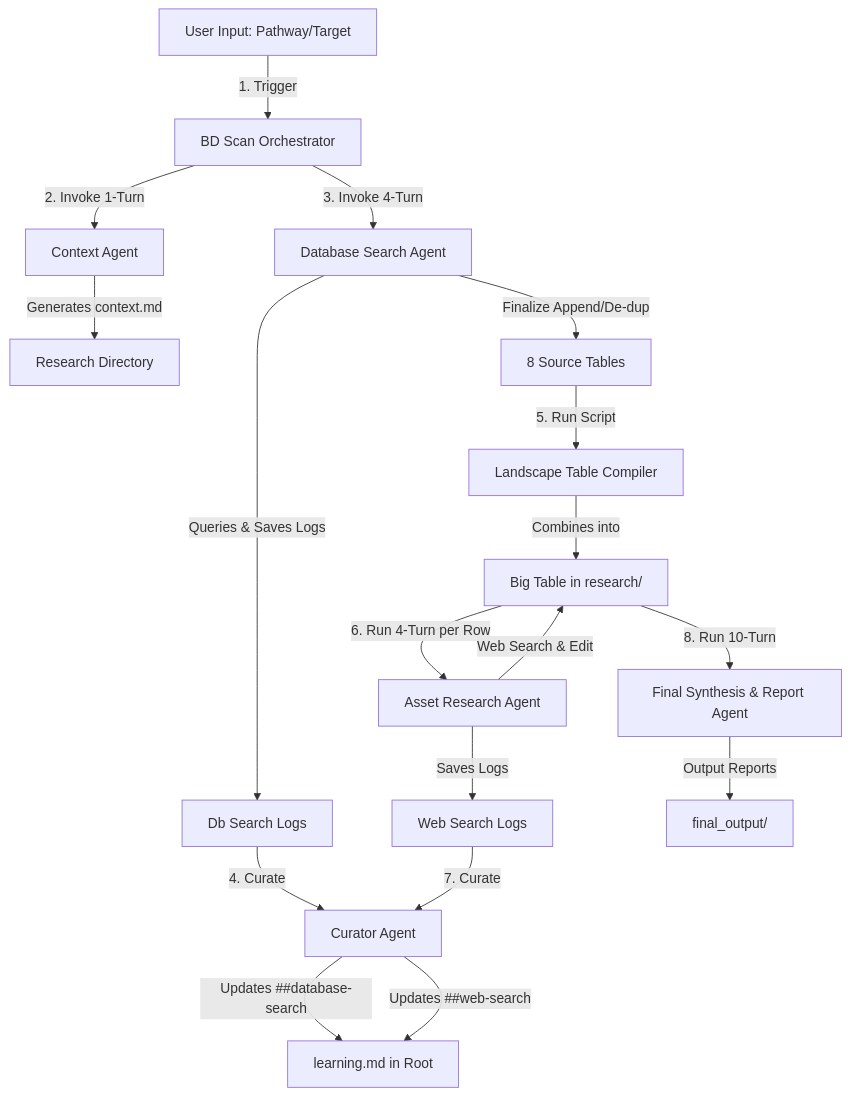
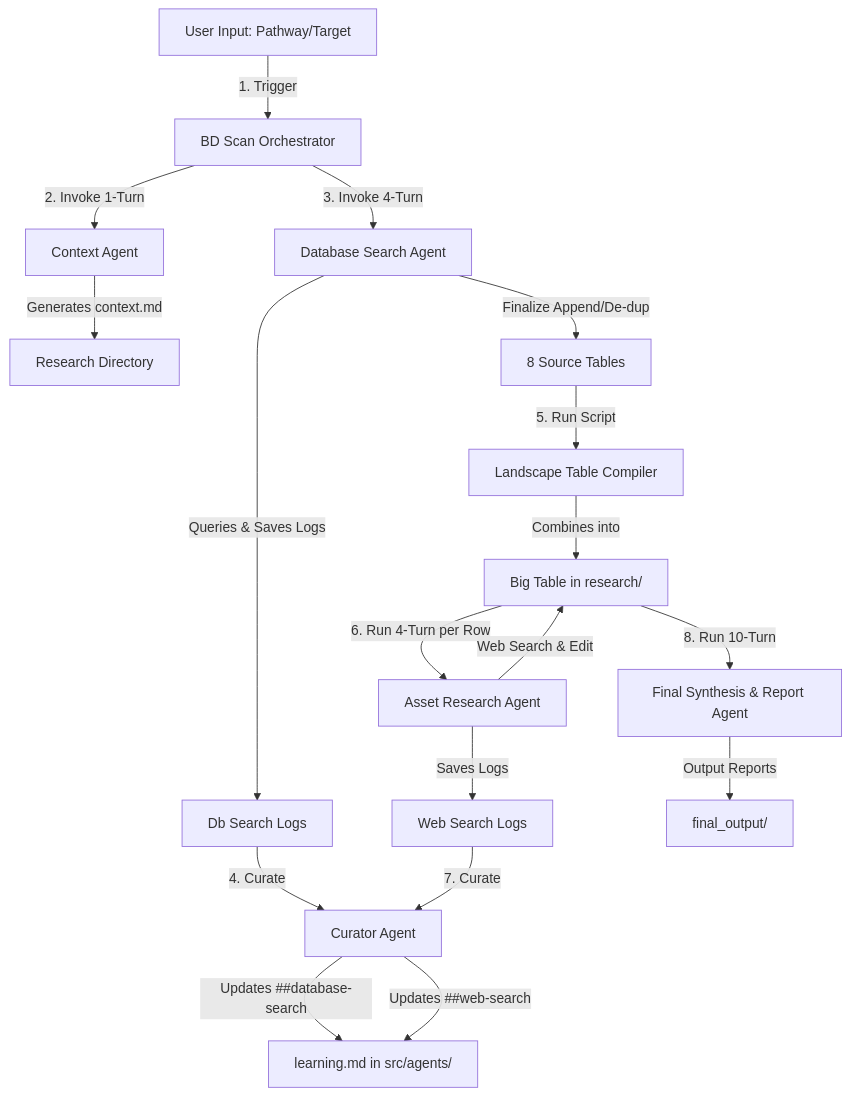
One commit to Ruinius/biotech-analyst-cli changed the diagram in docs/bdscan_spec.md. Above: the diagram before and after it, drawn with Mermaid. The commit also changed other lines of this file and 21 other files, not shown here.

Commit message:
implemented roadmap phase 2

````diff
--- a/docs/bdscan_spec.md
+++ b/docs/bdscan_spec.md
@@ -13,26 +13,26 @@
 ```mermaid
 graph TD
     A[User Input: Pathway/Target] -->|1. Trigger| Orch[BD Scan Orchestrator]
     Orch -->|2. Invoke 1-Turn| Context[Context Agent]
     Context -->|Generates context.md| TargetDir[Research Directory]
 
     Orch -->|3. Invoke 4-Turn| DbSearch[Database Search Agent]
     DbSearch -->|Queries & Saves Logs| DbSearchLogs[Db Search Logs]
     DbSearch -->|Finalize Append/De-dup| SourceTables[8 Source Tables]
 
     DbSearchLogs -->|4. Curate| Curator[Curator Agent]
-    Curator -->|Updates ##database-search| GlobalLearning[learning.md in Root]
+    Curator -->|Updates ##database-search| GlobalLearning[learning.md in src/agents/]
 
     SourceTables -->|5. Run Script| Compiler[Landscape Table Compiler]
     Compiler -->|Combines into| BigTable[Big Table in research/]
 
     BigTable -->|6. Run 4-Turn per Row| AssetResearch[Asset Research Agent]
     AssetResearch -->|Web Search & Edit| BigTable
     AssetResearch -->|Saves Logs| WebLogs[Web Search Logs]
 
     WebLogs -->|7. Curate| Curator
     Curator -->|Updates ##web-search| GlobalLearning
 
     BigTable -->|8. Run 10-Turn| Synthesis[Final Synthesis & Report Agent]
     Synthesis -->|Output Reports| FinalOut[final_output/]
 ```
````
